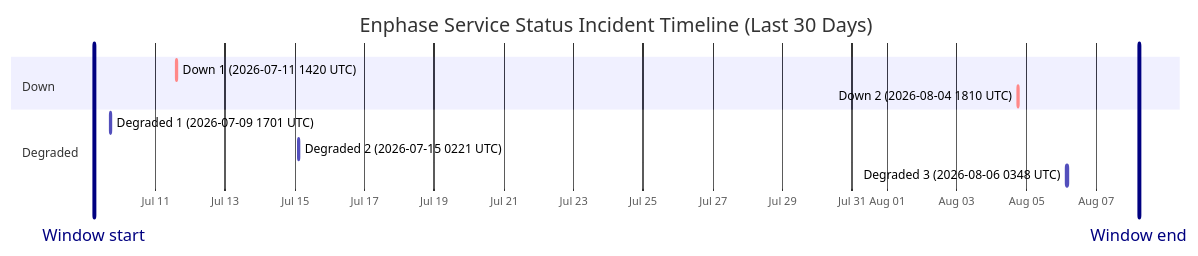
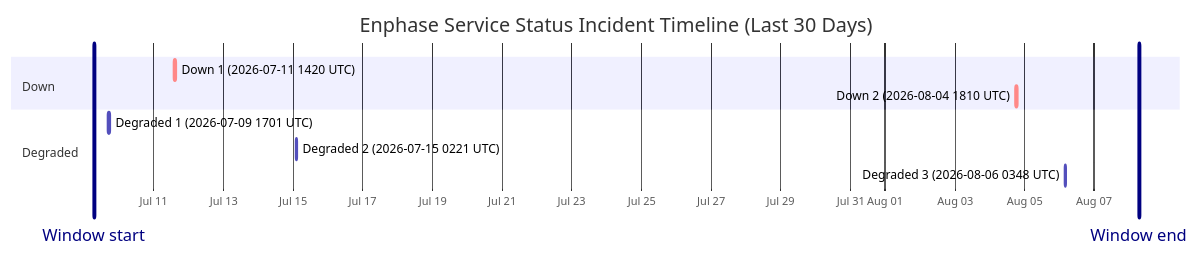
The diagram in wiki/Service-Status-History.md (barneyonline/ha-enphase-energy), drawn with Mermaid before and after one commit. The commit also changed other lines of this file and 3 other files, not shown here.

````diff
--- a/wiki/Service-Status-History.md
+++ b/wiki/Service-Status-History.md
@@ -14,15 +14,15 @@
 ```mermaid
 gantt
     title Enphase Service Status Incident Timeline (Last 30 Days)
     dateFormat  YYYY-MM-DDTHH:mm:ss
     axisFormat  %b %d
-    Window start :vert, window-start, 2026-07-09T05:40:42, 0ms
-    Window end :vert, window-end, 2026-08-08T05:40:42, 0ms
+    Window start :vert, window-start, 2026-07-09T06:49:43, 0ms
+    Window end :vert, window-end, 2026-08-08T06:49:43, 0ms
     section Down
     Down 1 (2026-07-11 1420 UTC) :crit, down-1, 2026-07-11T14:20:54, 69m
     Down 2 (2026-08-04 1810 UTC) :crit, down-2, 2026-08-04T18:10:46, 60m
     section Degraded
     Degraded 1 (2026-07-09 1701 UTC) :active, degraded-1, 2026-07-09T17:01:02, 60m
     Degraded 2 (2026-07-15 0221 UTC) :active, degraded-2, 2026-07-15T02:21:35, 60m
     Degraded 3 (2026-08-06 0348 UTC) :active, degraded-3, 2026-08-06T03:48:14, 60m
 ```
````
